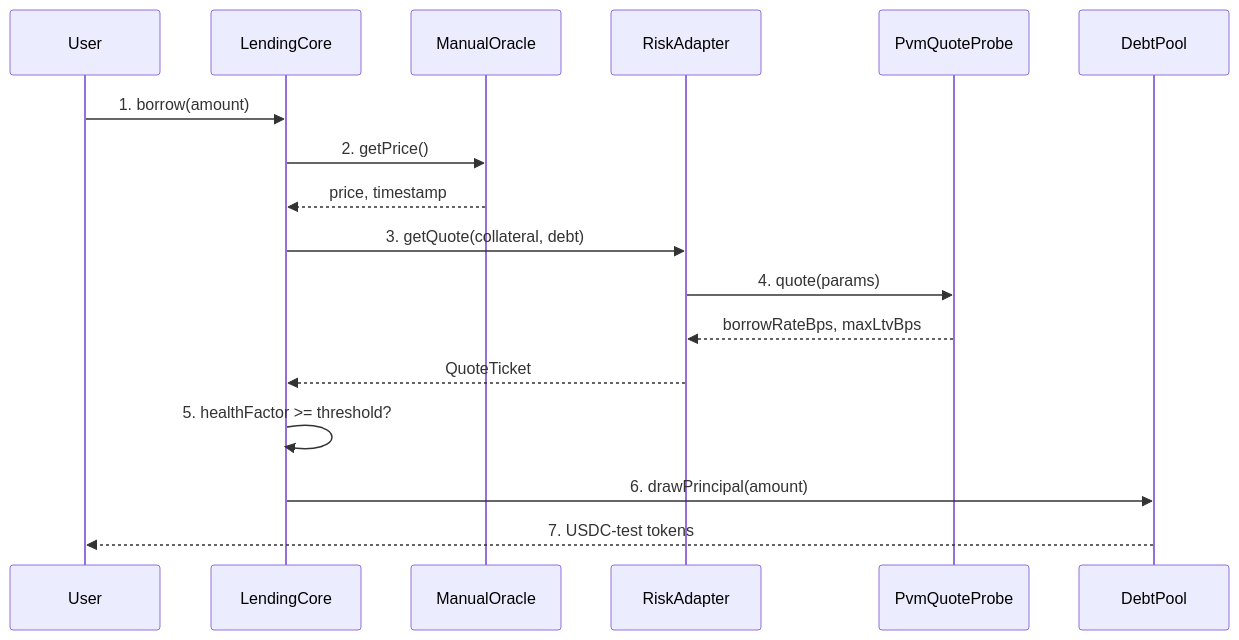
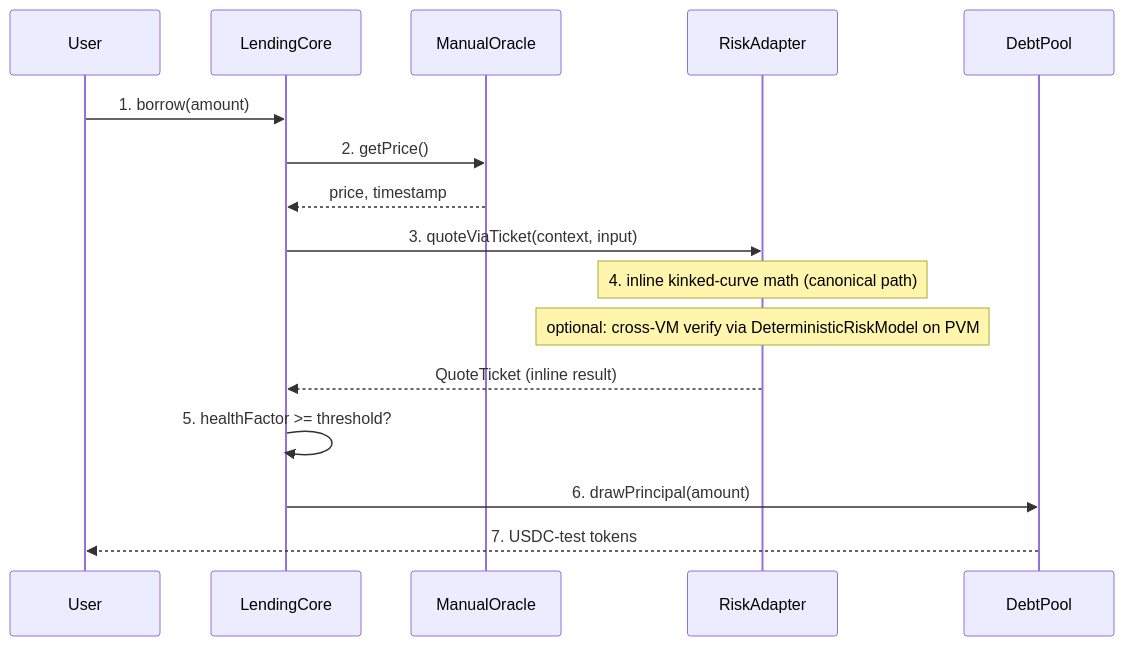
The second of 10 diagrams in README.md (symulacr/dualvm-lending), drawn with Mermaid before and after one commit. The commit also changed other lines of this file, not shown here.

Commit message:
docs: fix diagram accuracy - inline math canonical path, DeterministicRiskModel, no fallback framing

````diff
--- a/README.md
+++ b/README.md
@@ -87,19 +87,18 @@
 ```mermaid
 sequenceDiagram
     participant U as User
     participant LC as LendingCore
     participant MO as ManualOracle
     participant RA as RiskAdapter
-    participant PVM as PvmQuoteProbe
     participant DP as DebtPool
     U->>LC: 1. borrow(amount)
     LC->>MO: 2. getPrice()
     MO-->>LC: price, timestamp
-    LC->>RA: 3. getQuote(collateral, debt)
-    RA->>PVM: 4. quote(params)
-    PVM-->>RA: borrowRateBps, maxLtvBps
-    RA-->>LC: QuoteTicket
+    LC->>RA: 3. quoteViaTicket(context, input)
+    Note over RA: 4. inline kinked-curve math (canonical path)
+    Note over RA: optional: cross-VM verify via DeterministicRiskModel on PVM
+    RA-->>LC: QuoteTicket (inline result)
     LC->>LC: 5. healthFactor >= threshold?
     LC->>DP: 6. drawPrincipal(amount)
     DP-->>U: 7. USDC-test tokens
 ```
````
